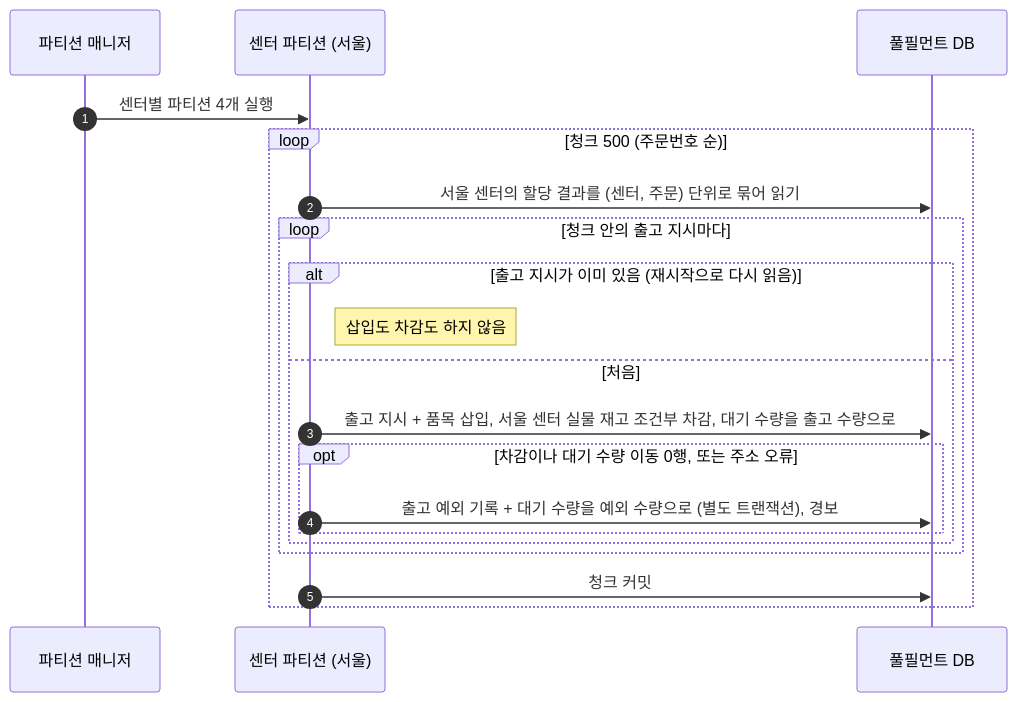
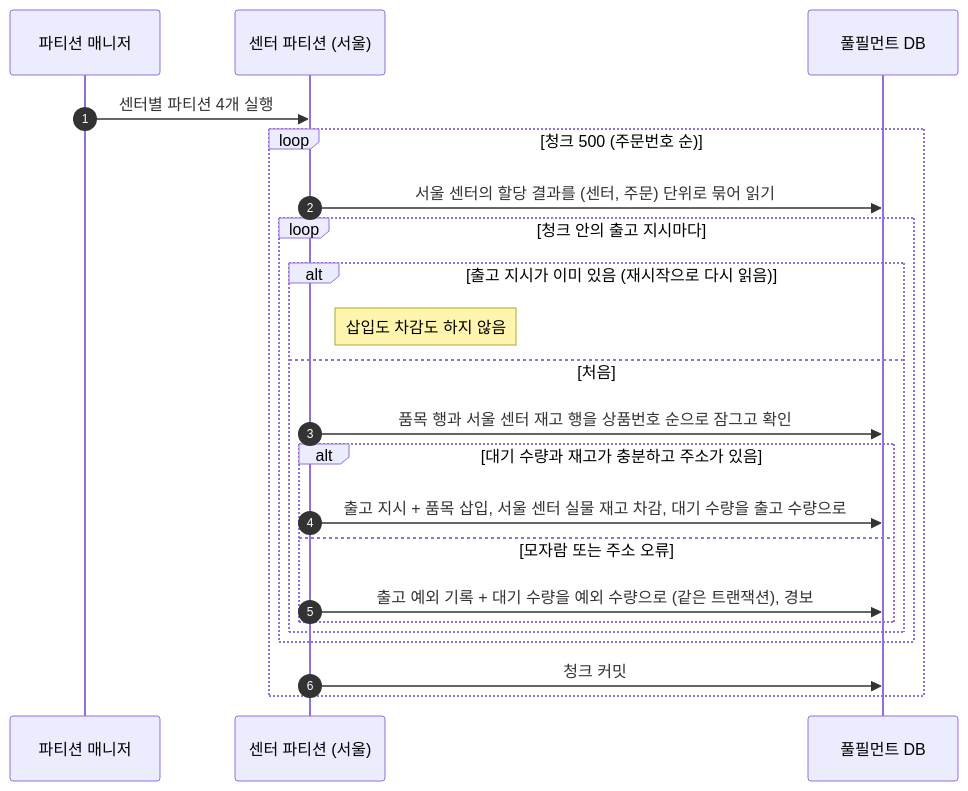
Before and after one commit to Bamdule/dawn-delivery-commerce: the fifth of 6 diagrams in docs/sequence/05-출고-배치.md, drawn with Mermaid. The commit also changed 35 other files, not shown here.

````diff
--- a/docs/sequence/05-출고-배치.md
+++ b/docs/sequence/05-출고-배치.md
@@ -141,23 +141,25 @@
 ```mermaid
 sequenceDiagram
     autonumber
     participant 매니저 as 파티션 매니저
     participant 파티션 as 센터 파티션 (서울)
     participant DB as 풀필먼트 DB
 
     매니저->>파티션: 센터별 파티션 4개 실행
     loop 청크 500 (주문번호 순)
         파티션->>DB: 서울 센터의 할당 결과를 (센터, 주문) 단위로 묶어 읽기
         loop 청크 안의 출고 지시마다
             alt 출고 지시가 이미 있음 (재시작으로 다시 읽음)
                 Note right of 파티션: 삽입도 차감도 하지 않음
             else 처음
-                파티션->>DB: 출고 지시 + 품목 삽입, 서울 센터 실물 재고 조건부 차감, 대기 수량을 출고 수량으로
-                opt 차감이나 대기 수량 이동 0행, 또는 주소 오류
-                    파티션->>DB: 출고 예외 기록 + 대기 수량을 예외 수량으로 (별도 트랜잭션), 경보
+                파티션->>DB: 품목 행과 서울 센터 재고 행을 상품번호 순으로 잠그고 확인
+                alt 대기 수량과 재고가 충분하고 주소가 있음
+                    파티션->>DB: 출고 지시 + 품목 삽입, 서울 센터 실물 재고 차감, 대기 수량을 출고 수량으로
+                else 모자람 또는 주소 오류
+                    파티션->>DB: 출고 예외 기록 + 대기 수량을 예외 수량으로 (같은 트랜잭션), 경보
                 end
             end
         end
         파티션->>DB: 청크 커밋
     end
 ```
````
